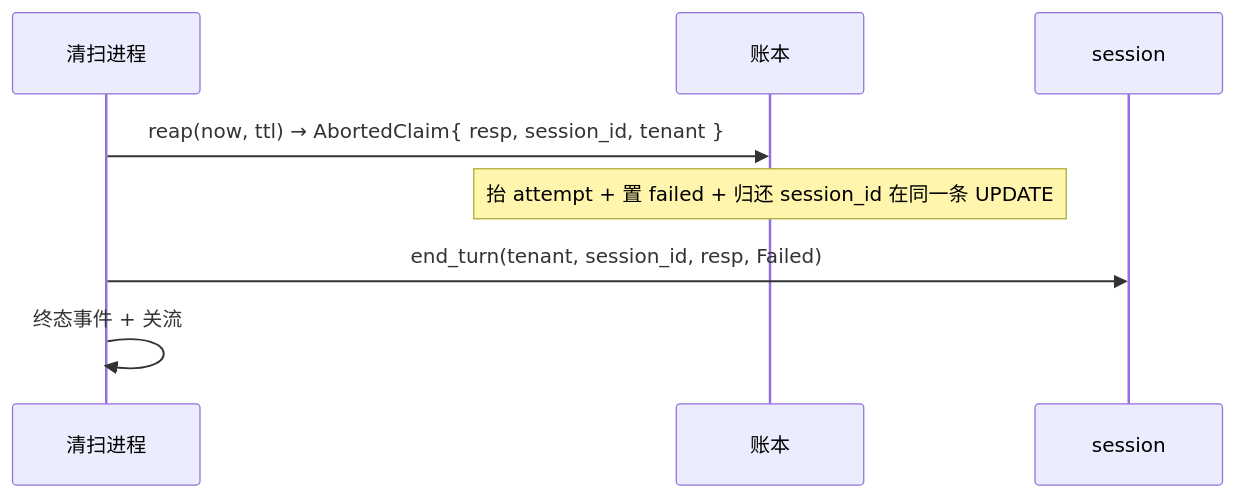
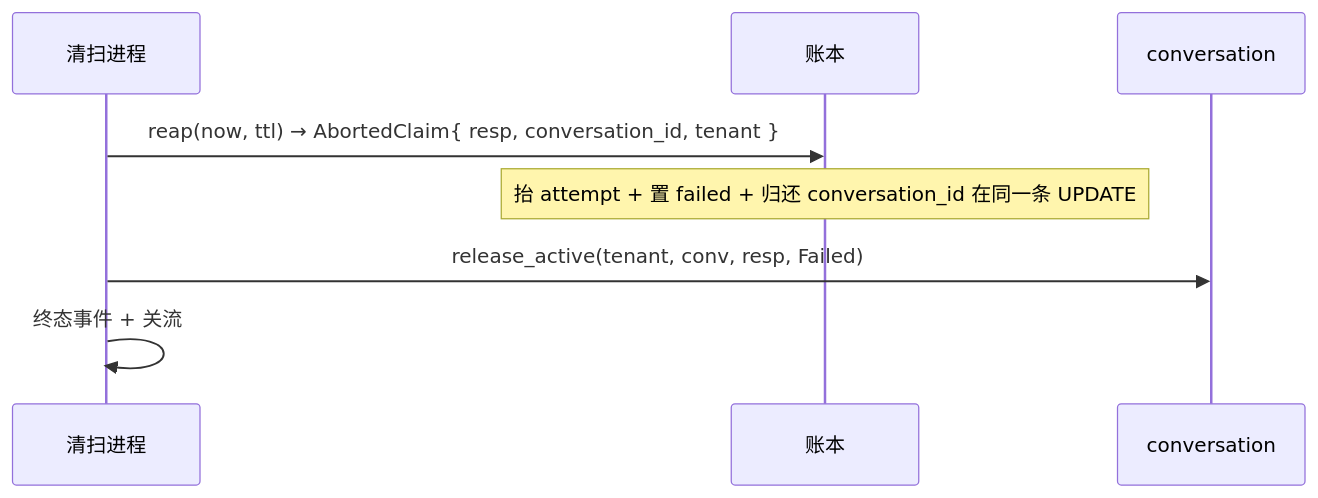
The fourth of 6 diagrams in docs/design/07-conversations-and-sessions.md (charleslyh/nova-chat), drawn with Mermaid before and after one commit. The commit also changed other lines of this file and 58 other files, not shown here.

````diff
--- a/docs/design/07-conversations-and-sessions.md
+++ b/docs/design/07-conversations-and-sessions.md
@@ -138,11 +119,11 @@
 ```mermaid
 sequenceDiagram
     participant SW as 清扫进程
     participant LED as 账本
-    participant SES as session
+    participant CVS as conversation
 
-    SW->>LED: reap(now, ttl) → AbortedClaim{ resp, session_id, tenant }
-    Note over LED: 抬 attempt + 置 failed + 归还 session_id 在同一条 UPDATE
-    SW->>SES: end_turn(tenant, session_id, resp, Failed)
+    SW->>LED: reap(now, ttl) → AbortedClaim{ resp, conversation_id, tenant }
+    Note over LED: 抬 attempt + 置 failed + 归还 conversation_id 在同一条 UPDATE
+    SW->>CVS: release_active(tenant, conv, resp, Failed)
     SW->>SW: 终态事件 + 关流
 ```
````
